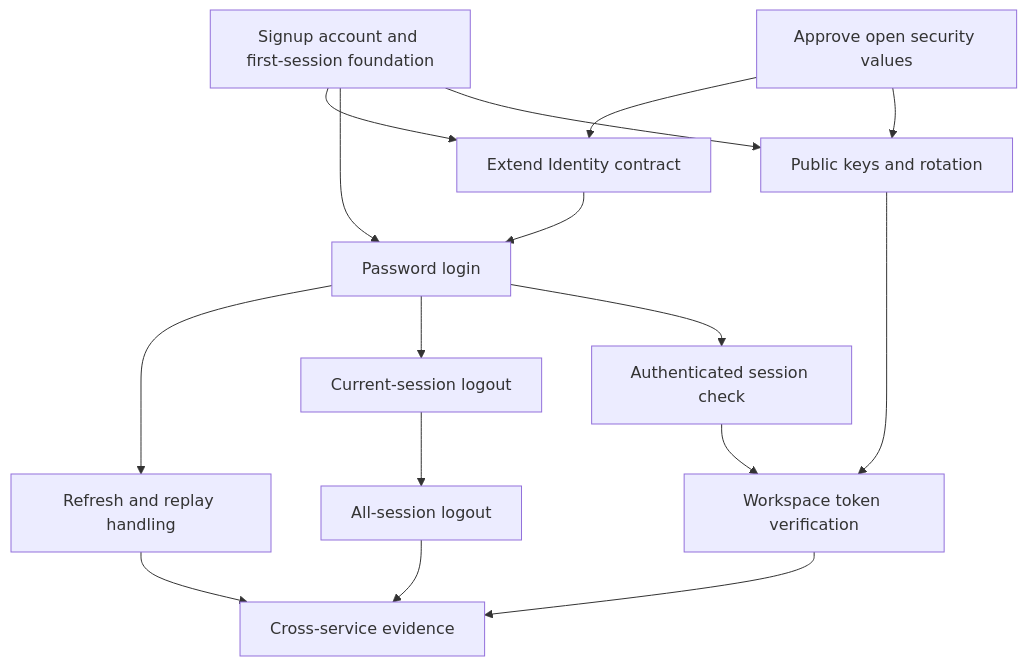
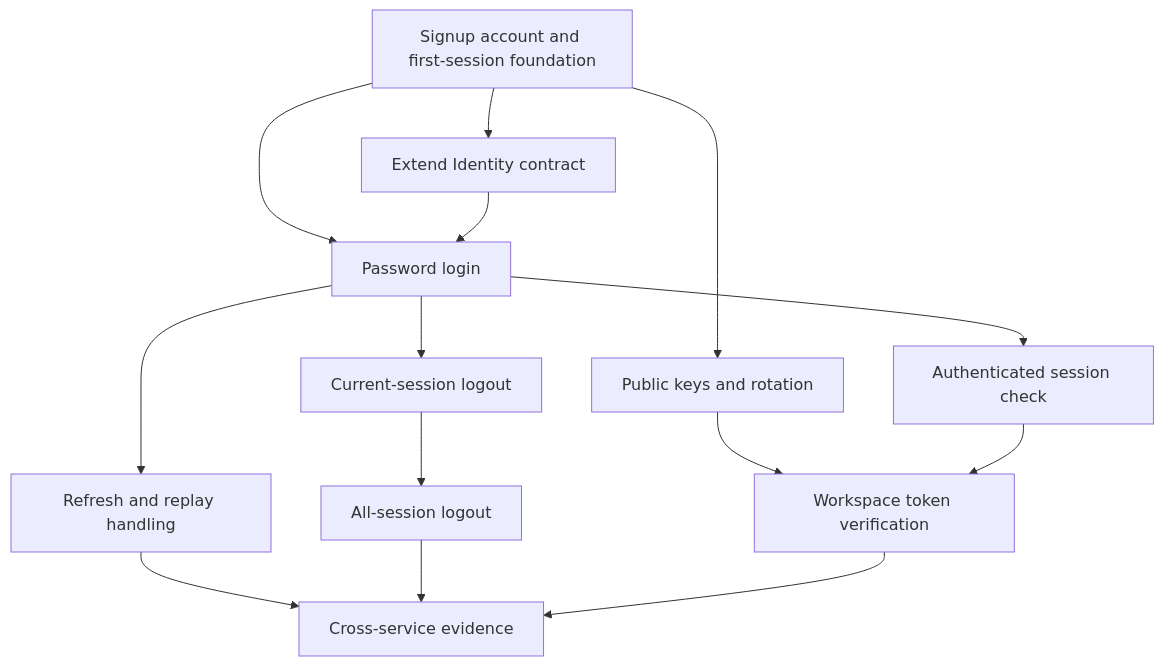
One commit to vasapolrittideah/flowspace-api changed the diagram in tasks/identity-password-login-and-sessions.md. Above: the diagram before and after it, drawn with Mermaid. The commit also changed other lines of this file and 7 other files, not shown here.

````diff
--- a/tasks/identity-password-login-and-sessions.md
+++ b/tasks/identity-password-login-and-sessions.md
@@ -25,18 +25,16 @@
 ```mermaid
 flowchart TD
     Signup[Signup account and first-session foundation] --> Contract[Extend Identity contract]
-    Decisions[Approve open security values] --> Contract
-    Decisions --> Keys[Public keys and rotation]
+    Signup --> Keys[Public keys and rotation]
     Signup --> Login[Password login]
-    Signup --> Keys
     Contract --> Login
     Login --> Refresh[Refresh and replay handling]
     Login --> Current[Current-session logout]
     Current --> All[All-session logout]
     Login --> Check[Authenticated session check]
     Keys --> Workspace[Workspace token verification]
     Check --> Workspace
     Refresh --> Evidence[Cross-service evidence]
     All --> Evidence
     Workspace --> Evidence
 ```
````
